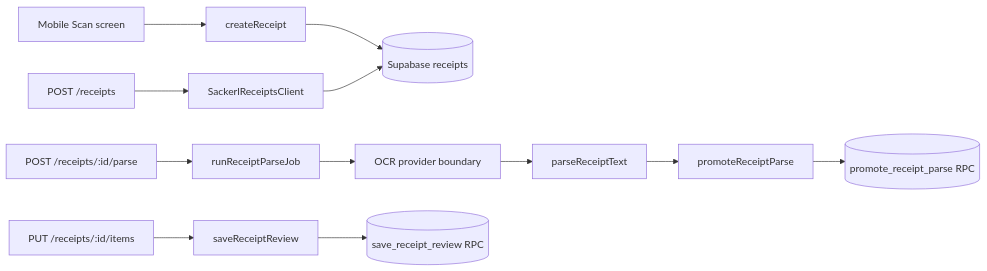
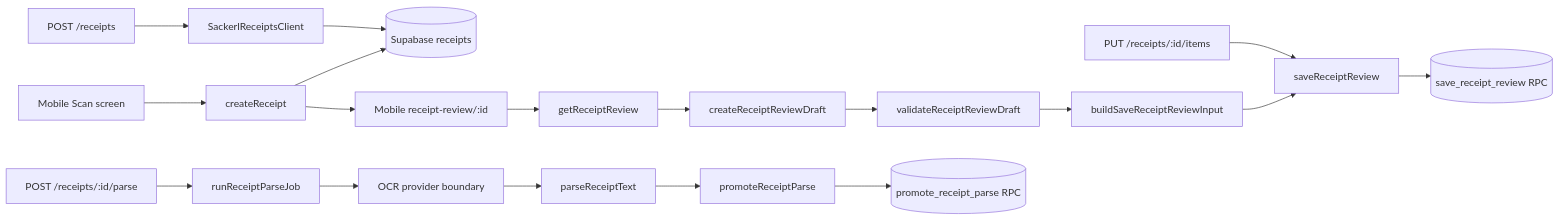
One commit to redonhalimaj/sackerl changed the diagram in docs/code-map/Receipt Pipeline.md. Above: the diagram before and after it, drawn with Mermaid. The commit also changed other lines of this file and 93 other files, not shown here.

Commit message:
feat: add receipt review and expiry provenance foundations

````diff
--- a/docs/code-map/Receipt Pipeline.md
+++ b/docs/code-map/Receipt Pipeline.md
@@ -9,14 +9,20 @@
 ```mermaid
 flowchart LR
   Scan[Mobile Scan screen] --> MCreate[createReceipt]
   MCreate --> Receipts[(Supabase receipts)]
+  MCreate --> MobileReview[Mobile receipt-review/:id]
+  MobileReview --> Snapshot[getReceiptReview]
+  Snapshot --> Draft[createReceiptReviewDraft]
+  Draft --> Validate[validateReceiptReviewDraft]
+  Validate --> Payload[buildSaveReceiptReviewInput]
+  Payload --> Save
   WebCreate[POST /receipts] --> WCreate[SackerlReceiptsClient]
   WCreate --> Receipts
   Parse[POST /receipts/:id/parse] --> Job[runReceiptParseJob]
   Job --> Text[OCR provider boundary]
   Text --> Parser[parseReceiptText]
   Parser --> Promote[promoteReceiptParse]
   Promote --> PromoteRPC[(promote_receipt_parse RPC)]
   Review[PUT /receipts/:id/items] --> Save[saveReceiptReview]
   Save --> SaveRPC[(save_receipt_review RPC)]
 ```
````
